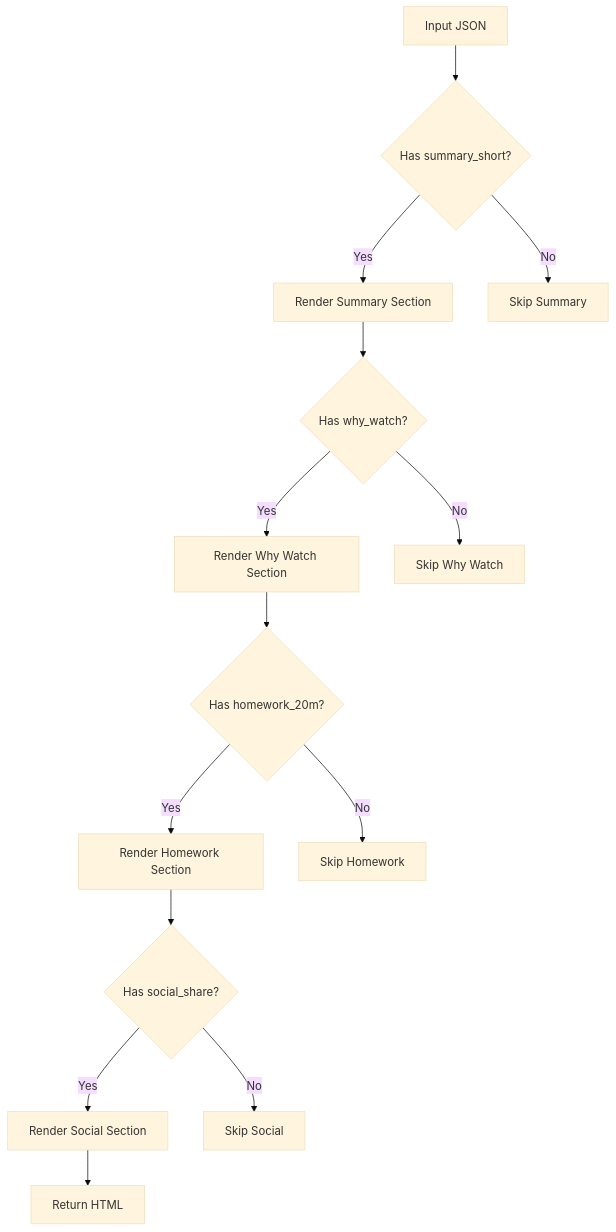
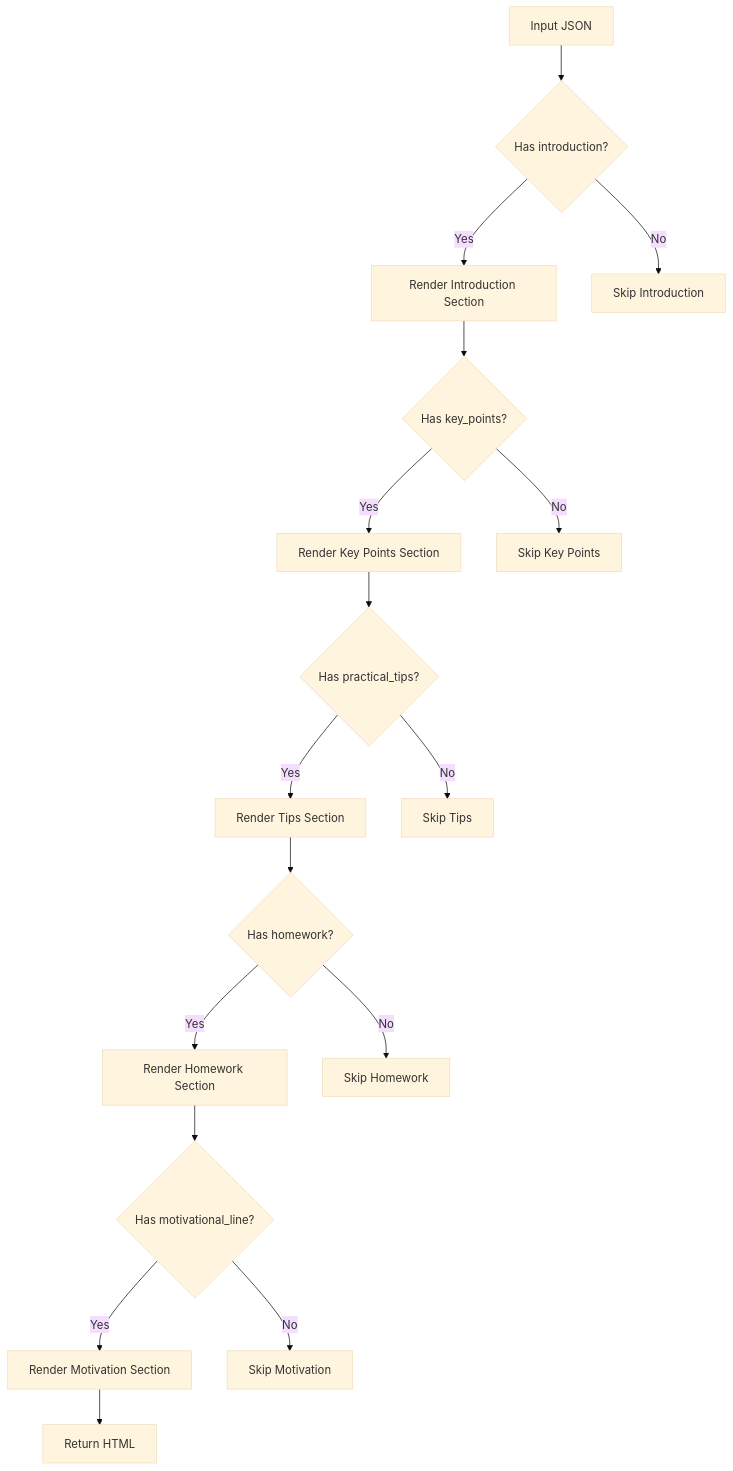
One commit to lommaks777/pesonalisev2 changed the second of 5 diagrams in .qoder/repowiki/en/content/Personalization Engine/HTML Output Generation.md. Above: the diagram before and after it, drawn with Mermaid (base theme). The commit also changed other lines of this file and 16 other files, not shown here.

````diff
--- a/.qoder/repowiki/en/content/Personalization Engine/HTML Output Generation.md
+++ b/.qoder/repowiki/en/content/Personalization Engine/HTML Output Generation.md
@@ -69,16 +79,19 @@
 ```mermaid
 flowchart TD
-A[Input JSON] --> B{Has summary_short?}
-B --> |Yes| C[Render Summary Section]
-B --> |No| D[Skip Summary]
-C --> E{Has why_watch?}
-E --> |Yes| F[Render Why Watch Section]
-E --> |No| G[Skip Why Watch]
-F --> H{Has homework_20m?}
-H --> |Yes| I[Render Homework Section]
-H --> |No| J[Skip Homework]
-I --> K{Has social_share?}
-K --> |Yes| L[Render Social Section]
-K --> |No| M[Skip Social]
-L --> N[Return HTML]
+A[Input JSON] --> B{Has introduction?}
+B --> |Yes| C[Render Introduction Section]
+B --> |No| D[Skip Introduction]
+C --> E{Has key_points?}
+E --> |Yes| F[Render Key Points Section]
+E --> |No| G[Skip Key Points]
+F --> H{Has practical_tips?}
+H --> |Yes| I[Render Tips Section]
+H --> |No| J[Skip Tips]
+I --> K{Has homework?}
+K --> |Yes| L[Render Homework Section]
+K --> |No| M[Skip Homework]
+L --> N{Has motivational_line?}
+N --> |Yes| O[Render Motivation Section]
+N --> |No| P[Skip Motivation]
+O --> Q[Return HTML]
 ```
````
